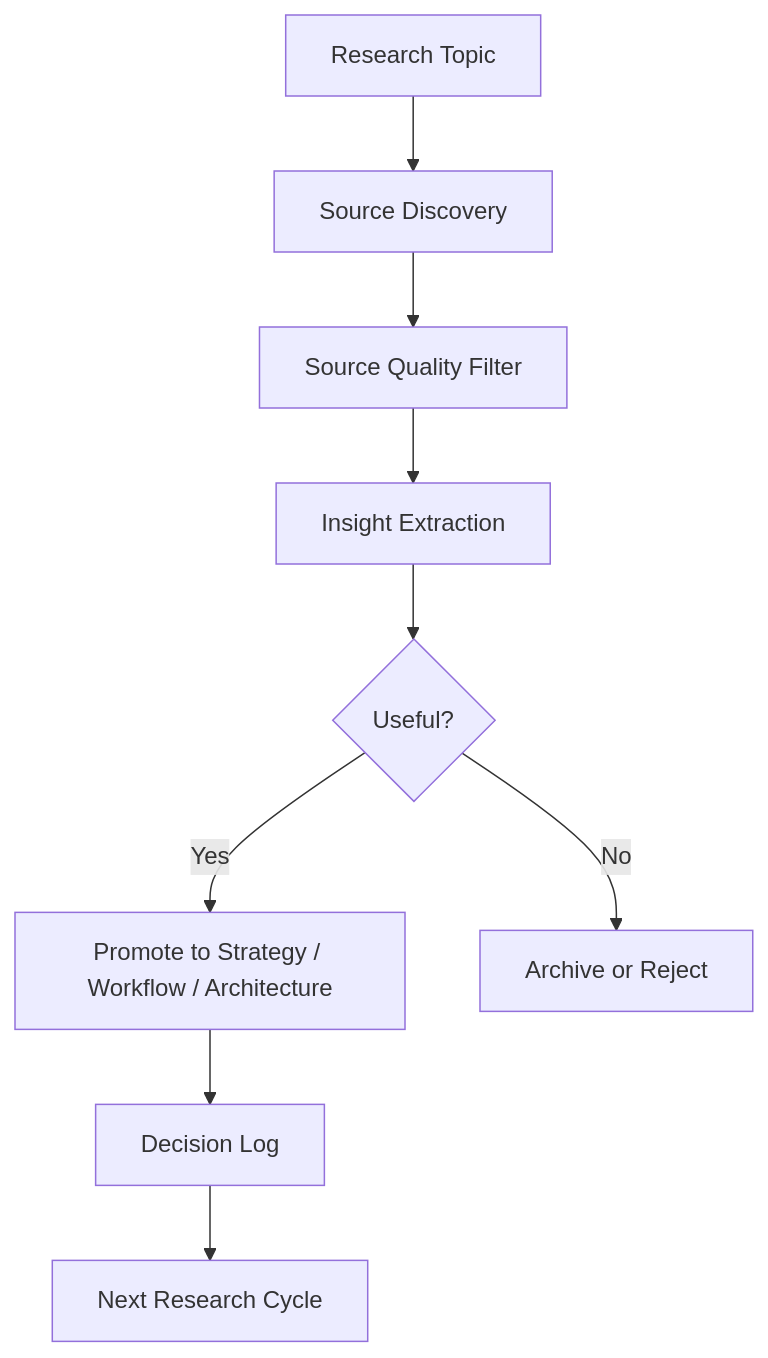
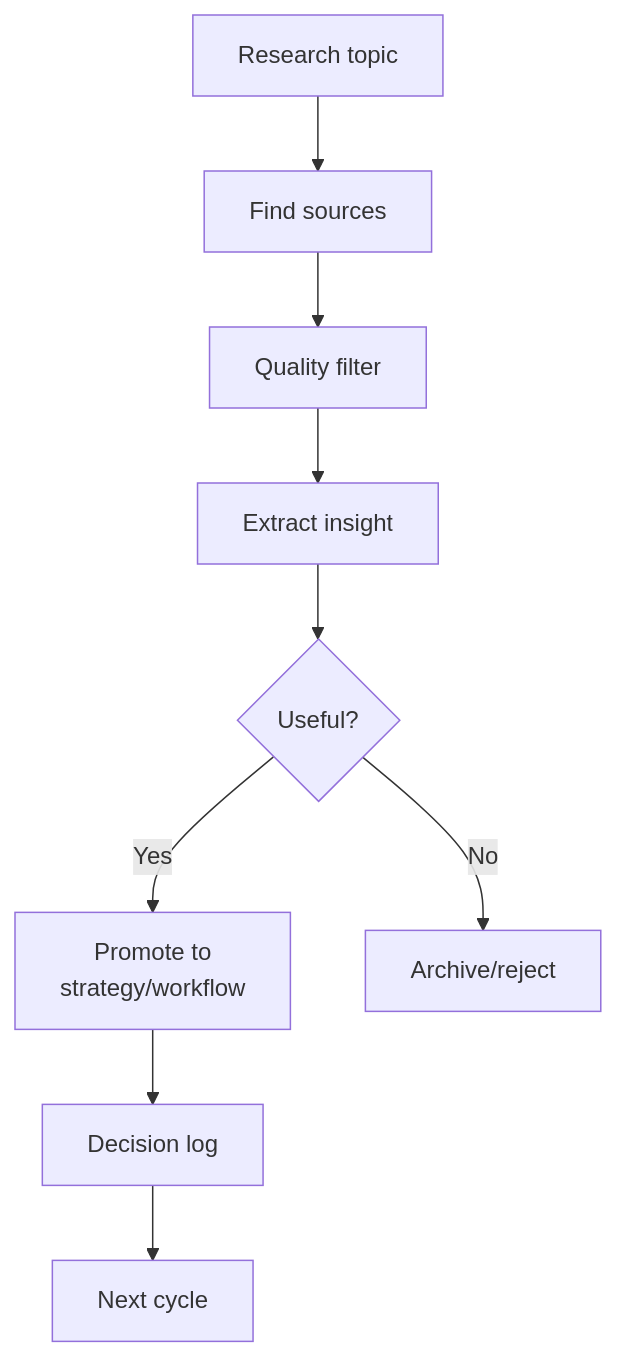
Before and after one commit to marcus-uden-dev/ai-native-proof-of-work: the diagram in architecture/AUTORESEARCH_MODEL.md, drawn with Mermaid. The commit also changed other lines of this file and 78 other files, not shown here.

Commit message:
Reframe strategy and diagrams around project proof

````diff
--- a/architecture/AUTORESEARCH_MODEL.md
+++ b/architecture/AUTORESEARCH_MODEL.md
@@ -12,11 +12,11 @@
 ```mermaid
 flowchart TD
-    A[Research Topic] --> B[Source Discovery]
-    B --> C[Source Quality Filter]
-    C --> D[Insight Extraction]
-    D --> E{Useful?}
-    E -->|Yes| F[Promote to Strategy / Workflow / Architecture]
-    E -->|No| G[Archive or Reject]
-    F --> H[Decision Log]
-    H --> I[Next Research Cycle]
+    A["Research topic"] --> B["Find sources"]
+    B --> C["Quality filter"]
+    C --> D["Extract insight"]
+    D --> E{"Useful?"}
+    E -->|Yes| F["Promote to<br/>strategy/workflow"]
+    E -->|No| G["Archive/reject"]
+    F --> H["Decision log"]
+    H --> I["Next cycle"]
 ```
````
